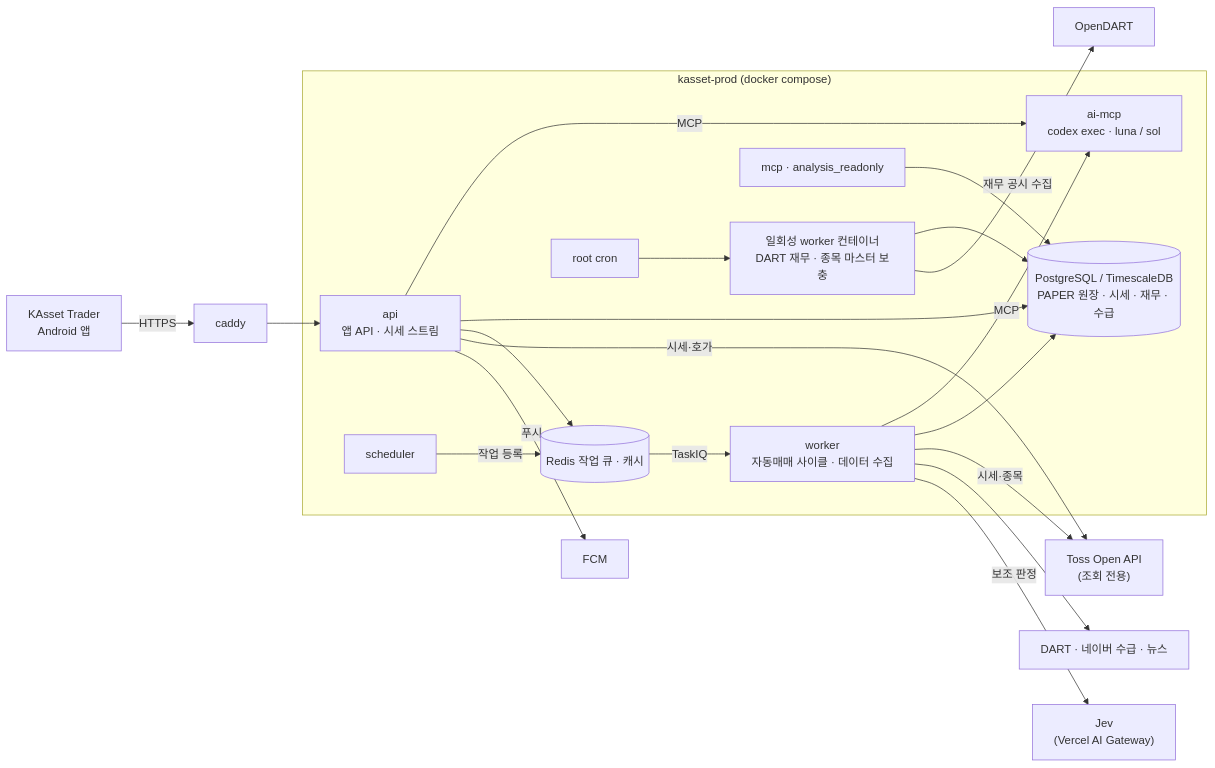
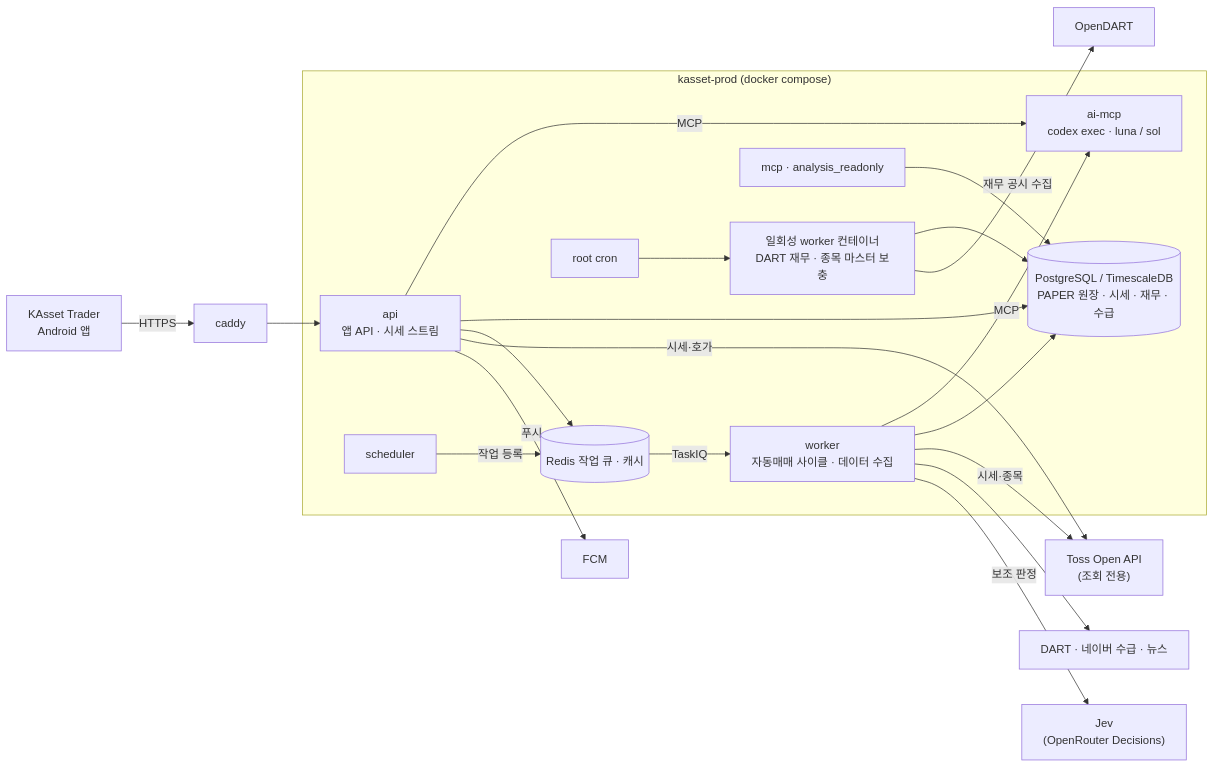
Before and after one commit to gim47656-ship-it/KAsset-Trader-Core: the diagram in README.md, drawn with Mermaid. The commit also changed other lines of this file and 8 other files, not shown here.

First line of the commit message:
feat(kasset): move Jev judgment from Vercel AI Gateway to OpenRouter Decisions API (#98)

````diff
--- a/README.md
+++ b/README.md
@@ -20,26 +20,26 @@
 ```mermaid
 flowchart LR
     APP["KAsset Trader<br/>Android 앱"] -->|HTTPS| CADDY["caddy"]
     CADDY --> API["api<br/>앱 API · 시세 스트림"]
 
     subgraph Server["kasset-prod (docker compose)"]
         API
         SCHED["scheduler"] -->|작업 등록| REDIS[("Redis 작업 큐 · 캐시")]
         REDIS -->|TaskIQ| WORKER["worker<br/>자동매매 사이클 · 데이터 수집"]
         WORKER -->|MCP| AIMCP["ai-mcp<br/>codex exec · luna / sol"]
         API -->|MCP| AIMCP
         API --> DB[("PostgreSQL / TimescaleDB<br/>PAPER 원장 · 시세 · 재무 · 수급")]
         WORKER --> DB
         API --> REDIS
         MCP["mcp · analysis_readonly"] --> DB
         CRON["root cron"] --> JOB["일회성 worker 컨테이너<br/>DART 재무 · 종목 마스터 보충"]
         JOB --> DB
     end
 
     WORKER -->|시세·종목| TOSS["Toss Open API<br/>(조회 전용)"]
     API -->|시세·호가| TOSS
     WORKER --> EXT["DART · 네이버 수급 · 뉴스"]
     JOB -->|재무 공시 수집| DART["OpenDART"]
-    WORKER -->|보조 판정| JEV["Jev<br/>(Vercel AI Gateway)"]
+    WORKER -->|보조 판정| JEV["Jev<br/>(OpenRouter Decisions)"]
     API -->|푸시| FCM["FCM"]
 ```
````
